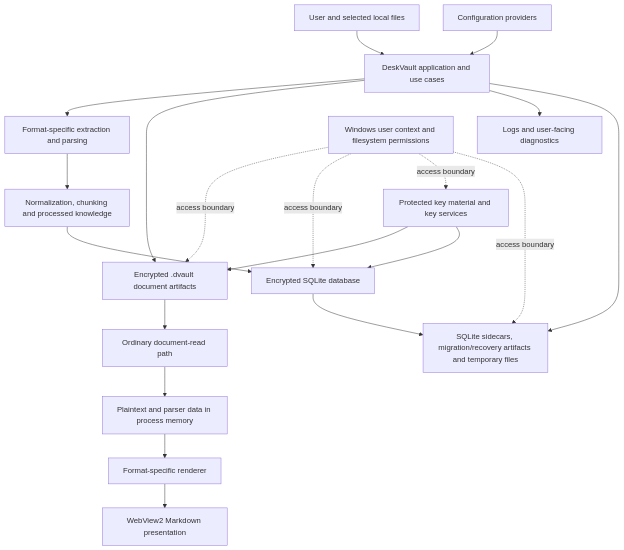
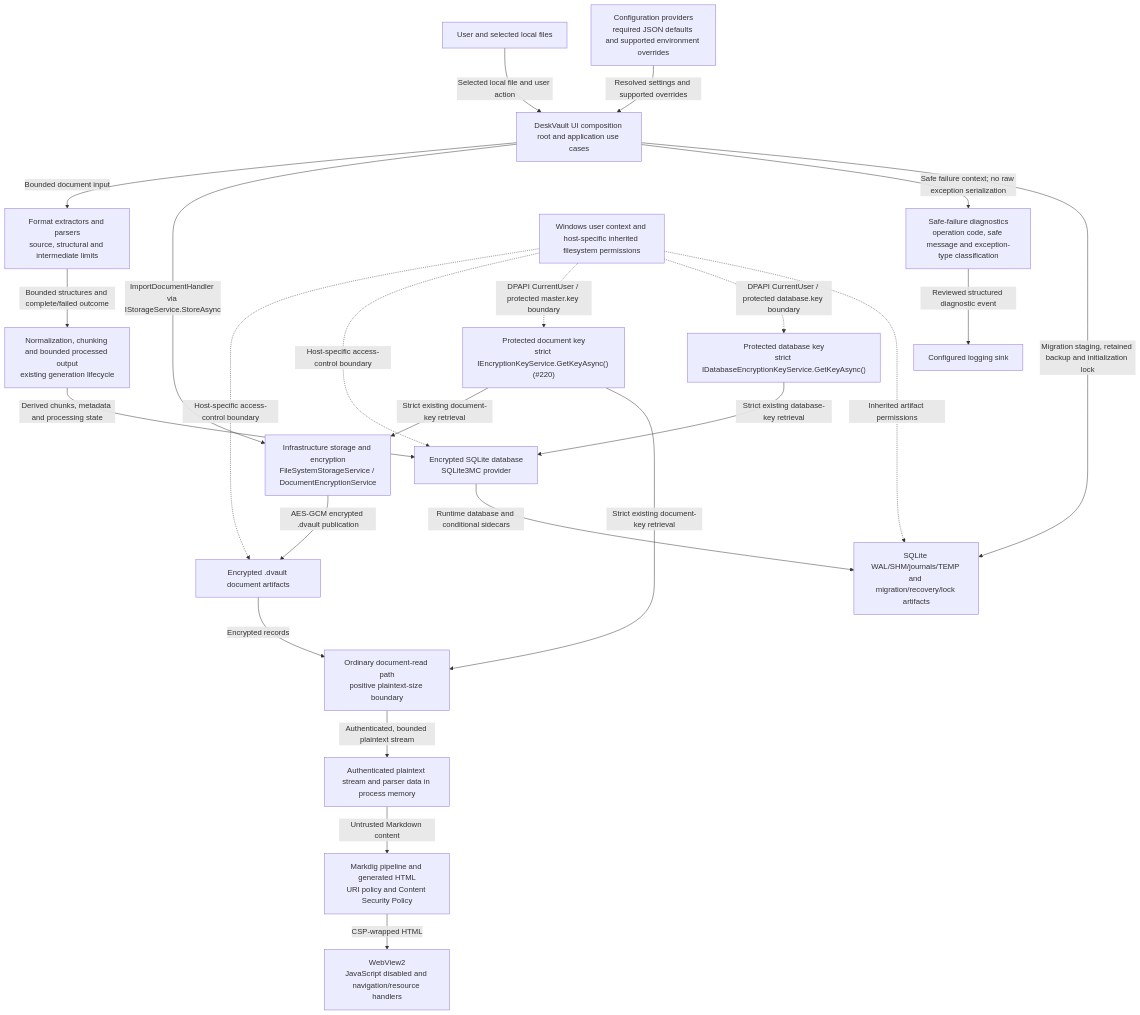
One commit to anirbanB94/DeskVault changed the diagram in docs/security/mvp2-threat-model.md. Above: the diagram before and after it, drawn with Mermaid. The commit also changed other lines of this file and 2 other files, not shown here.

Commit message:
test(security): validate MVP2 security controls against the threat model (#341)

````diff
--- a/docs/security/mvp2-threat-model.md
+++ b/docs/security/mvp2-threat-model.md
@@ -124,38 +122,45 @@
 ```mermaid
 flowchart TD
     USER["User and selected local files"]
-    CFG["Configuration providers"]
-    HOST["DeskVault application and use cases"]
-    PARSER["Format-specific extraction and parsing"]
-    PROCESS["Normalization, chunking and processed knowledge"]
+    CFG["Configuration providers\nrequired JSON defaults and supported environment overrides"]
+    HOST["DeskVault UI composition root and application use cases"]
+    PARSER["Format extractors and parsers\nsource, structural and intermediate limits"]
+    PROCESS["Normalization, chunking and bounded processed output\nexisting generation lifecycle"]
     DOCSTORE["Encrypted .dvault document artifacts"]
-    DB["Encrypted SQLite database"]
-    KEY["Protected key material and key services"]
-    READ["Ordinary document-read path"]
-    MEMORY["Plaintext and parser data in process memory"]
-    RENDER["Format-specific renderer"]
-    WEBVIEW["WebView2 Markdown presentation"]
-    LOG["Logs and user-facing diagnostics"]
-    AUX["SQLite sidecars, migration/recovery artifacts and temporary files"]
-    OS["Windows user context and filesystem permissions"]
+    DB["Encrypted SQLite database\nSQLite3MC provider"]
+    DOC_KEY["Protected document key\nstrict IEncryptionKeyService.GetKeyAsync() (#220)"]
+    DB_KEY["Protected database key\nstrict IDatabaseEncryptionKeyService.GetKeyAsync()"]
+    DOC_WRITER["Infrastructure storage and encryption\nFileSystemStorageService / DocumentEncryptionService"]
+    READ["Ordinary document-read path\npositive plaintext-size boundary"]
+    MEMORY["Authenticated plaintext stream and parser data in process memory"]
+    RENDER["Markdig pipeline and generated HTML\nURI policy and Content Security Policy"]
+    WEBVIEW["WebView2\nJavaScript disabled and navigation/resource handlers"]
+    DIAG["Safe-failure diagnostics\noperation code, safe message and exception-type classification"]
+    LOG["Configured logging sink"]
+    AUX["SQLite WAL/SHM/journals/TEMP and migration/recovery/lock artifacts"]
+    OS["Windows user context and host-specific inherited filesystem permissions"]
 
-    USER --> HOST
-    CFG --> HOST
-    HOST --> PARSER
-    PARSER --> PROCESS
-    PROCESS --> DB
-    HOST --> DOCSTORE
-    DOCSTORE --> READ
-    KEY --> DOCSTORE
-    KEY --> DB
-    READ --> MEMORY
-    MEMORY --> RENDER
-    RENDER --> WEBVIEW
-    HOST --> LOG
-    DB --> AUX
-    HOST --> AUX
-    OS -. access boundary .-> DOCSTORE
-    OS -. access boundary .-> DB
-    OS -. access boundary .-> KEY
-    OS -. access boundary .-> AUX
+    USER -->|"Selected local file and user action"| HOST
+    CFG -->|"Resolved settings and supported overrides"| HOST
+    HOST -->|"Bounded document input"| PARSER
+    PARSER -->|"Bounded structures and complete/failed outcome"| PROCESS
+    PROCESS -->|"Derived chunks, metadata and processing state"| DB
+    HOST -->|"ImportDocumentHandler via IStorageService.StoreAsync"| DOC_WRITER
+    DOC_KEY -->|"Strict existing document-key retrieval"| DOC_WRITER
+    DOC_WRITER -->|"AES-GCM encrypted .dvault publication"| DOCSTORE
+    DOCSTORE -->|"Encrypted records"| READ
+    DOC_KEY -->|"Strict existing document-key retrieval"| READ
+    DB_KEY -->|"Strict existing database-key retrieval"| DB
+    READ -->|"Authenticated, bounded plaintext stream"| MEMORY
+    MEMORY -->|"Untrusted Markdown content"| RENDER
+    RENDER -->|"CSP-wrapped HTML"| WEBVIEW
+    HOST -->|"Safe failure context; no raw exception serialization"| DIAG
+    DIAG -->|"Reviewed structured diagnostic event"| LOG
+    DB -->|"Runtime database and conditional sidecars"| AUX
+    HOST -->|"Migration staging, retained backup and initialization lock"| AUX
+    OS -.->|"Host-specific access-control boundary"| DOCSTORE
+    OS -.->|"Host-specific access-control boundary"| DB
+    OS -.->|"DPAPI CurrentUser / protected master.key boundary"| DOC_KEY
+    OS -.->|"DPAPI CurrentUser / protected database.key boundary"| DB_KEY
+    OS -.->|"Inherited artifact permissions"| AUX
 ```
````
